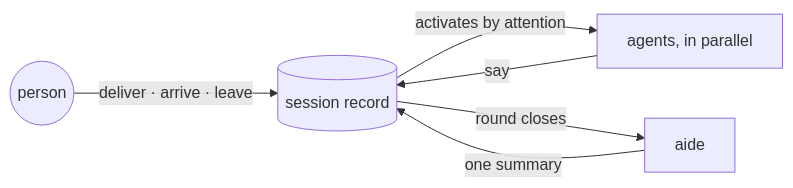
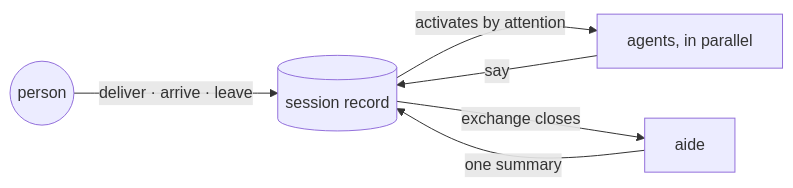
The diagram in README.md (ambionframework/ambion), drawn with Mermaid before and after one commit. The commit also changed other lines of this file and 22 other files, not shown here.

````diff
--- a/README.md
+++ b/README.md
@@ -53,8 +53,8 @@
 ```mermaid
 flowchart LR
     P((person)) -- "deliver · arrive · leave" --> R[(session record)]
     R -- "activates by attention" --> A["agents, in parallel"]
     A -- "say" --> R
-    R -- "round closes" --> D[aide]
+    R -- "exchange closes" --> D[aide]
     D -- "one summary" --> R
 ```
````
